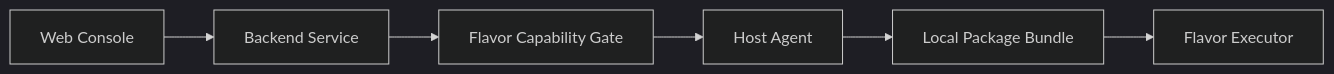
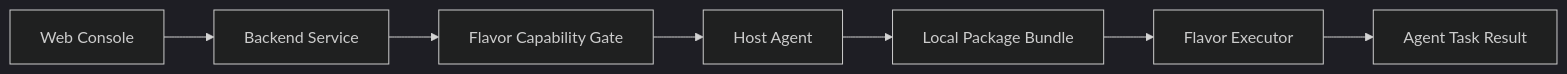
One commit to mingjia1/dbops changed the diagram in .monkeycode/docs/ARCHITECTURE.md. Above: the diagram before and after it, drawn with Mermaid (dark theme). The commit also changed other lines of this file and 5 other files, not shown here.

````diff
--- a/.monkeycode/docs/ARCHITECTURE.md
+++ b/.monkeycode/docs/ARCHITECTURE.md
@@ -21,8 +23,9 @@
 ```mermaid
 flowchart LR
     Console[Web Console] --> Backend[Backend Service]
     Backend --> Capability[Flavor Capability Gate]
     Capability --> Agent[Host Agent]
     Agent --> Bundle[Local Package Bundle]
     Bundle --> Executor[Flavor Executor]
+    Executor --> Result[Agent Task Result]
 ```
````
